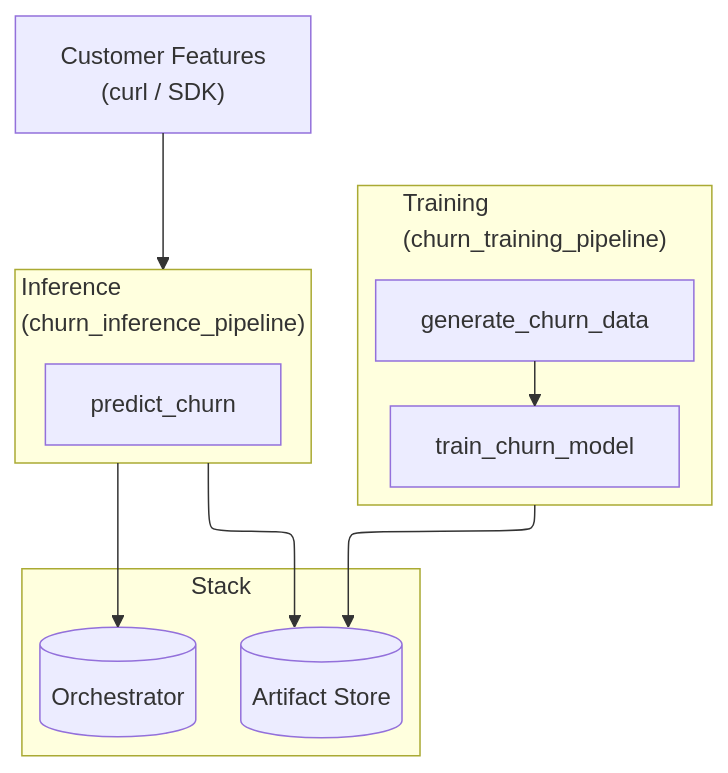
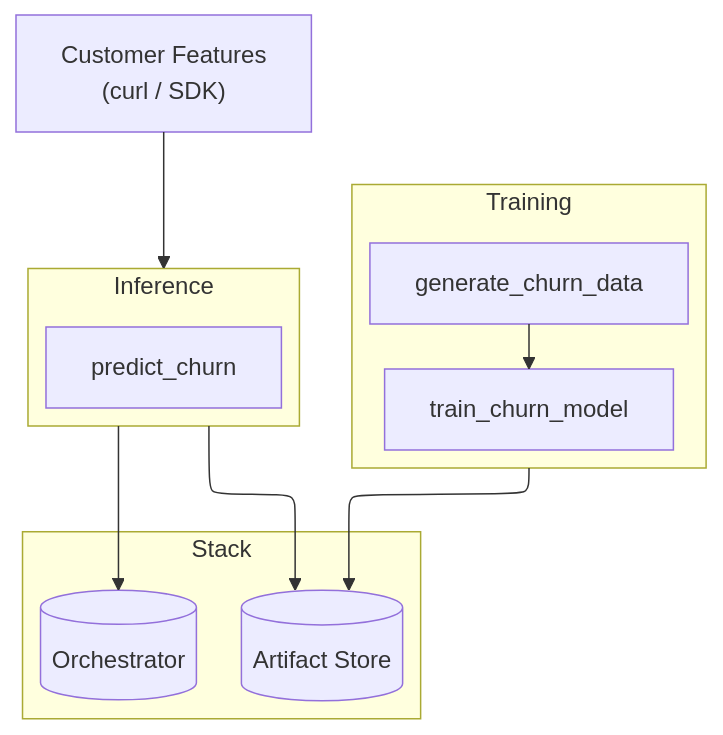
The second of 3 diagrams in docs/book/getting-started/your-first-ai-pipeline.md (zenml-io/zenml), drawn with Mermaid before and after one commit. The commit also changed other lines of this file, not shown here.

Commit message:
Update AI pipeline and training to remove specific names

````diff
--- a/docs/book/getting-started/your-first-ai-pipeline.md
+++ b/docs/book/getting-started/your-first-ai-pipeline.md
@@ -105,28 +105,28 @@
 ```mermaid
 ---
 config:
   layout: elk
   theme: mc
 ---
 flowchart TB
-  subgraph TRAIN["Training<br/>(churn_training_pipeline)"]
+  subgraph TRAIN["Training"]
     D["generate_churn_data"]
     T["train_churn_model"]
     D --> T
   end
 
-  subgraph INFER["Inference<br/>(churn_inference_pipeline)"]
+  subgraph INFER["Inference"]
     P["predict_churn"]
   end
 
   U["Customer Features<br/>(curl / SDK)"] --> INFER
 
   subgraph STACK["Stack"]
     OR[("Orchestrator")]
     AR[("Artifact Store")]
   end
 
   TRAIN --> AR
   INFER --> OR
   INFER --> AR
 ```
````
